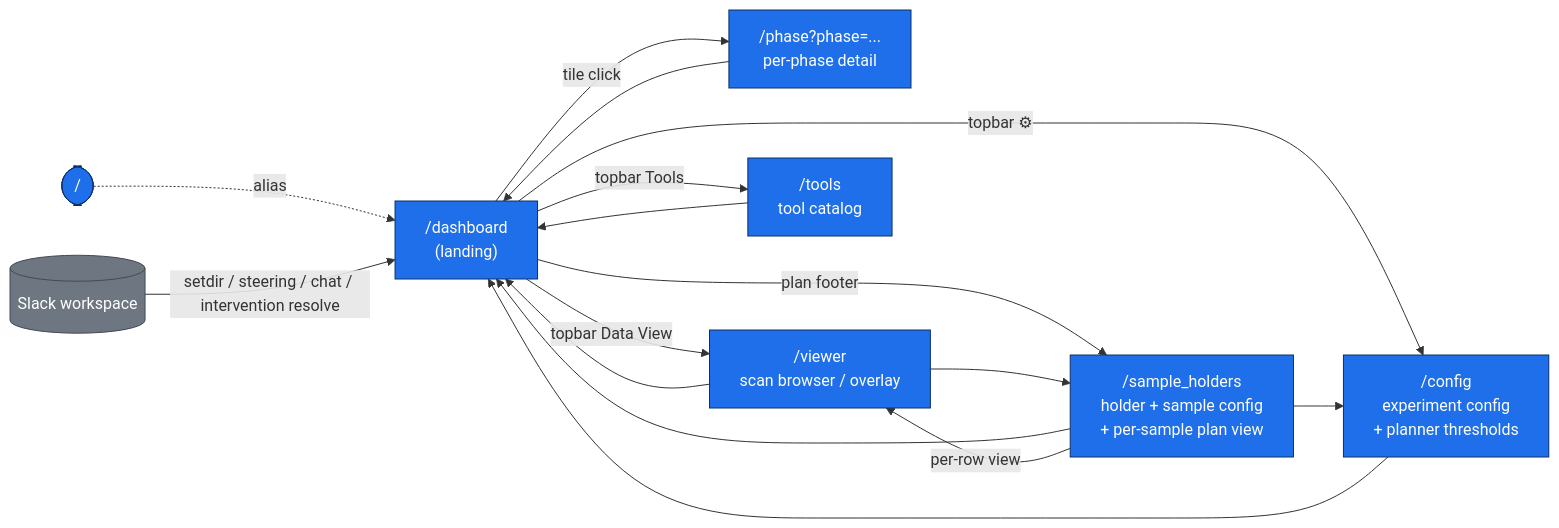
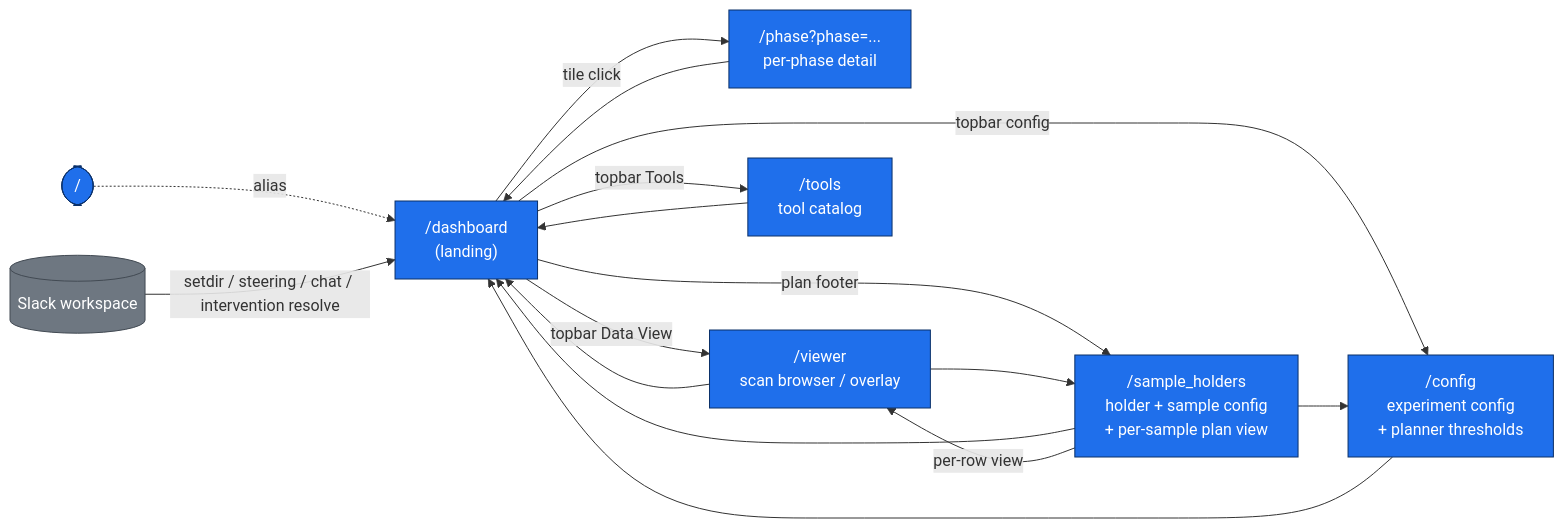
The second of 2 diagrams in docs/dependency-graph.md (deanSLAC/autonomous), drawn with Mermaid before and after one commit. The commit also changed other lines of this file and 1 other file, not shown here.

First line of the commit message:
docs: rewrite dependency-graph.md, add data-model.md

````diff
--- a/docs/dependency-graph.md
+++ b/docs/dependency-graph.md
@@ -25,37 +131,37 @@
 ```mermaid
 flowchart LR
     classDef page fill:#1f6feb,stroke:#0a3069,color:#fff;
     classDef ext fill:#6e7781,stroke:#424a53,color:#fff;
 
     Root(["/"]):::page
     Dashboard["/dashboard<br/>(landing)"]:::page
     Phase["/phase?phase=...<br/>per-phase detail"]:::page
     Config["/config<br/>experiment config<br/>+ planner thresholds"]:::page
     Holders["/sample_holders<br/>holder + sample config<br/>+ per-sample plan view"]:::page
     Viewer["/viewer<br/>scan browser / overlay"]:::page
     Tools["/tools<br/>tool catalog"]:::page
 
     Root -.alias.-> Dashboard
 
     Dashboard -->|topbar Tools| Tools
     Dashboard -->|topbar Data View| Viewer
-    Dashboard -->|topbar ⚙| Config
+    Dashboard -->|topbar config| Config
     Dashboard -->|plan footer| Holders
     Dashboard -->|tile click| Phase
 
     Phase --> Dashboard
 
     Config --> Dashboard
 
     Holders --> Dashboard
     Holders --> Config
     Holders -->|per-row view| Viewer
 
     Viewer --> Holders
     Viewer --> Dashboard
 
     Tools --> Dashboard
 
     Slack[("Slack workspace")]:::ext
     Slack -->|setdir / steering / chat / intervention resolve| Dashboard
 ```
````
